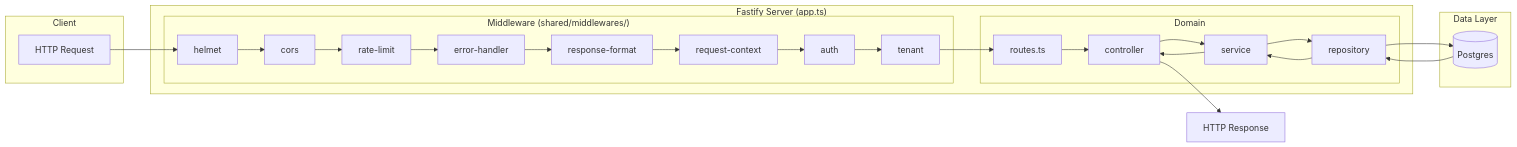
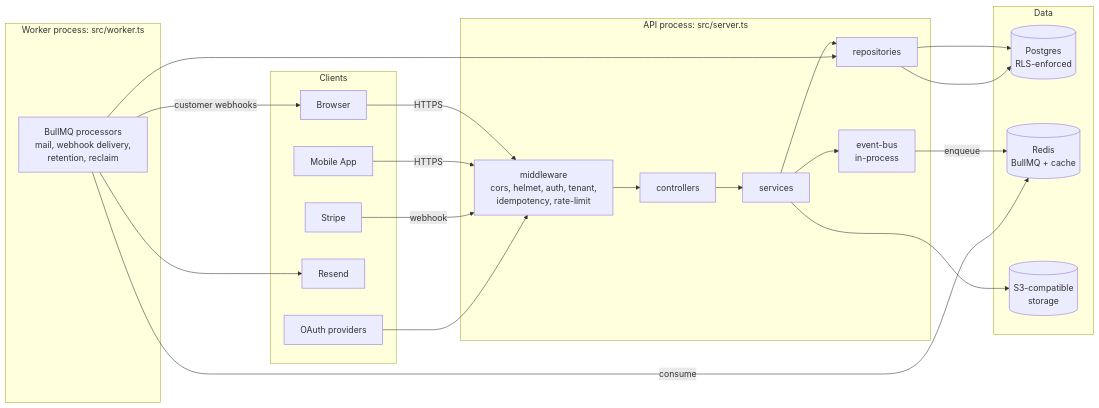
One commit to nikunjmavani/core-be changed the diagram in README.md. Above: the diagram before and after it, drawn with Mermaid. The commit also changed other lines of this file and 1478 other files, not shown here.

````diff
--- a/README.md
+++ b/README.md
@@ -222,36 +65,42 @@
 ```mermaid
 flowchart LR
-    subgraph Client
-        HTTP[HTTP Request]
+    subgraph Clients
+      Browser
+      MobileApp[Mobile App]
+      Stripe
+      Resend
+      OAuth[OAuth providers]
     end
 
-    subgraph Fastify["Fastify Server (app.ts)"]
-        subgraph Middleware["Middleware (shared/middlewares/)"]
-            P1[helmet]
-            P2[cors]
-            P3[rate-limit]
-            P4[error-handler]
-            P5[response-format]
-            P6[request-context]
-            P7[auth]
-            P8[tenant]
-        end
-
-        subgraph Domain["Domain"]
-            Routes[routes.ts]
-            Controller[controller]
-            Service[service]
-            Repository[repository]
-        end
+    subgraph API[API process: src/server.ts]
+      MW[middleware<br/>cors, helmet, auth, tenant,<br/>idempotency, rate-limit]
+      Ctrl[controllers]
+      Svc[services]
+      Repo[repositories]
+      EB[event-bus<br/>in-process]
     end
 
-    subgraph Data["Data Layer"]
-        DB[(Postgres)]
+    subgraph Worker[Worker process: src/worker.ts]
+      Workers[BullMQ processors<br/>mail, webhook delivery,<br/>retention, reclaim]
     end
 
-    HTTP --> P1 --> P2 --> P3 --> P4 --> P5 --> P6 --> P7 --> P8
-    P8 --> Routes --> Controller --> Service
-    Service --> Repository
-    Repository --> DB
-    DB --> Repository --> Service --> Controller --> Response[HTTP Response]
+    subgraph Data
+      PG[(Postgres<br/>RLS-enforced)]
+      RD[(Redis<br/>BullMQ + cache)]
+      S3[(S3-compatible<br/>storage)]
+    end
+
+    Browser -->|HTTPS| MW
+    MobileApp -->|HTTPS| MW
+    Stripe -->|webhook| MW
+    OAuth --> MW
+    MW --> Ctrl --> Svc --> Repo --> PG
+    Svc --> EB
+    EB -->|enqueue| RD
+    Workers -->|consume| RD
+    Workers --> Repo
+    Workers --> Resend
+    Workers -->|customer webhooks| Browser
+    Repo --> PG
+    Svc --> S3
 ```
````
